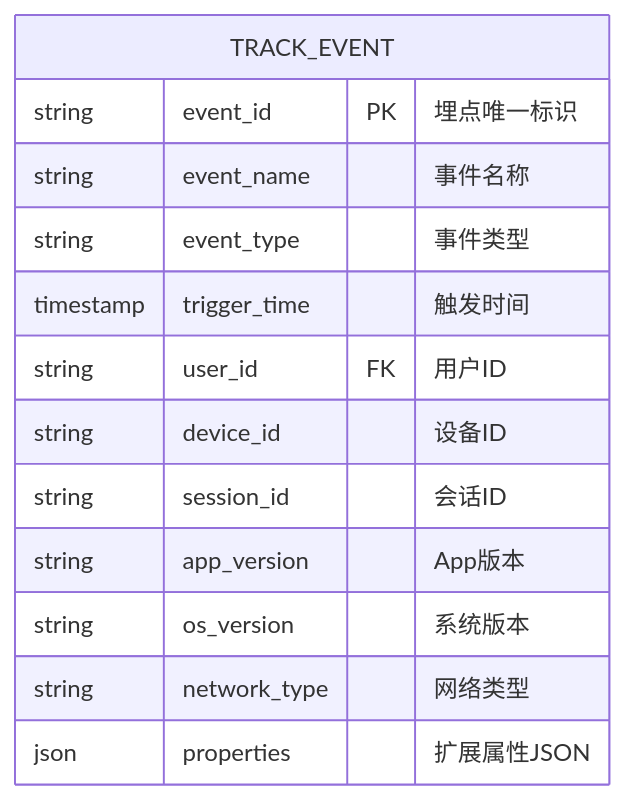
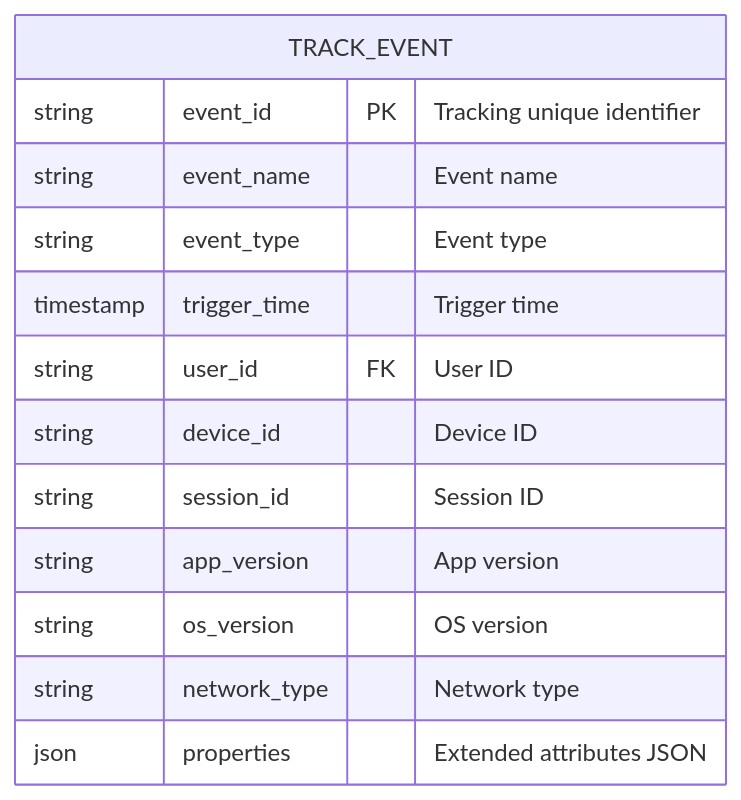
Diagram 11 of 12 in templates/产品/产品层/【模板】产品需求文档.md (Kirky-X/cangjie), drawn with Mermaid before and after one commit. The commit also changed other lines of this file and 60 other files, not shown here.

````diff
--- a/templates/产品/产品层/【模板】产品需求文档.md
+++ b/templates/产品/产品层/【模板】产品需求文档.md
@@ -560,16 +560,16 @@
 ```mermaid
 erDiagram
     TRACK_EVENT {
-        string event_id PK "埋点唯一标识"
-        string event_name "事件名称"
-        string event_type "事件类型"
-        timestamp trigger_time "触发时间"
-        string user_id FK "用户ID"
-        string device_id "设备ID"
-        string session_id "会话ID"
-        string app_version "App版本"
-        string os_version "系统版本"
-        string network_type "网络类型"
-        json properties "扩展属性JSON"
+        string event_id PK "Tracking unique identifier"
+        string event_name "Event name"
+        string event_type "Event type"
+        timestamp trigger_time "Trigger time"
+        string user_id FK "User ID"
+        string device_id "Device ID"
+        string session_id "Session ID"
+        string app_version "App version"
+        string os_version "OS version"
+        string network_type "Network type"
+        json properties "Extended attributes JSON"
     }
 ```
````
